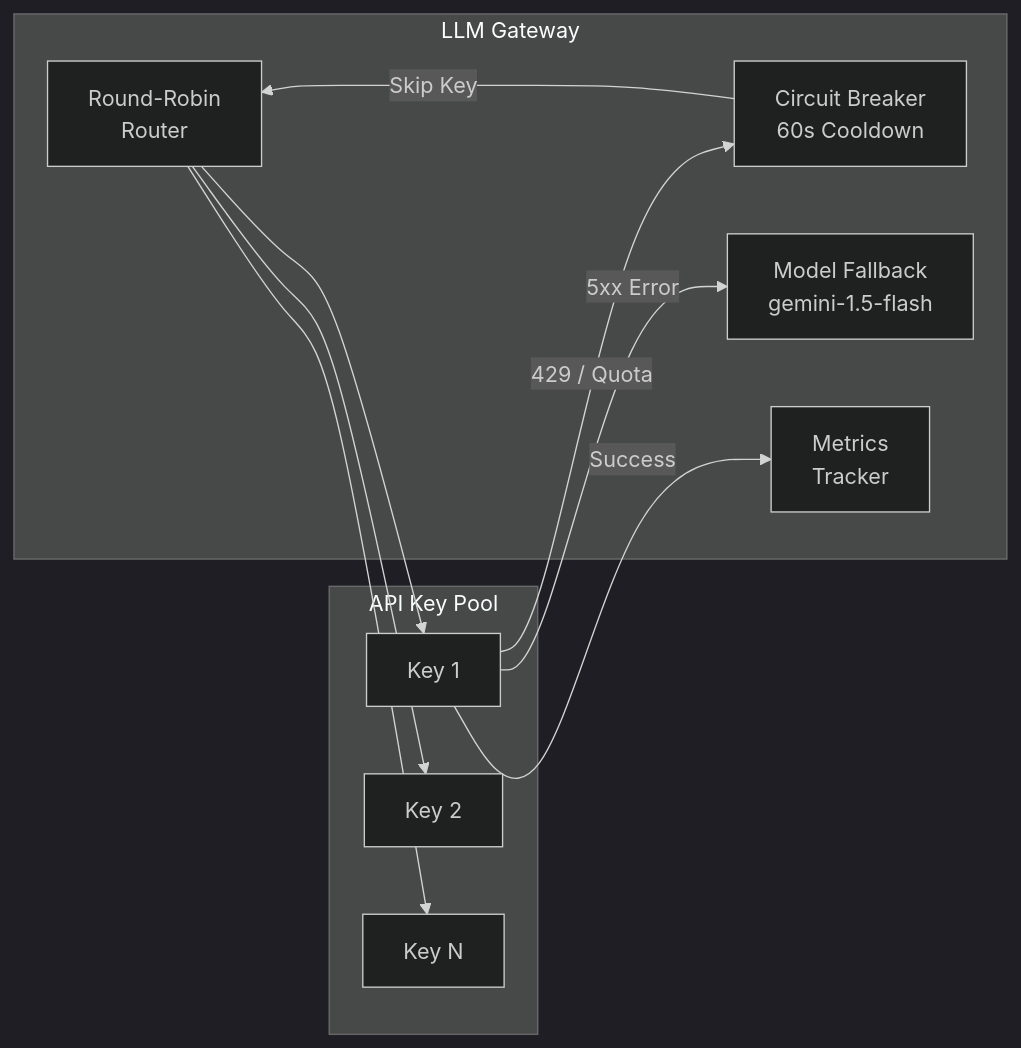
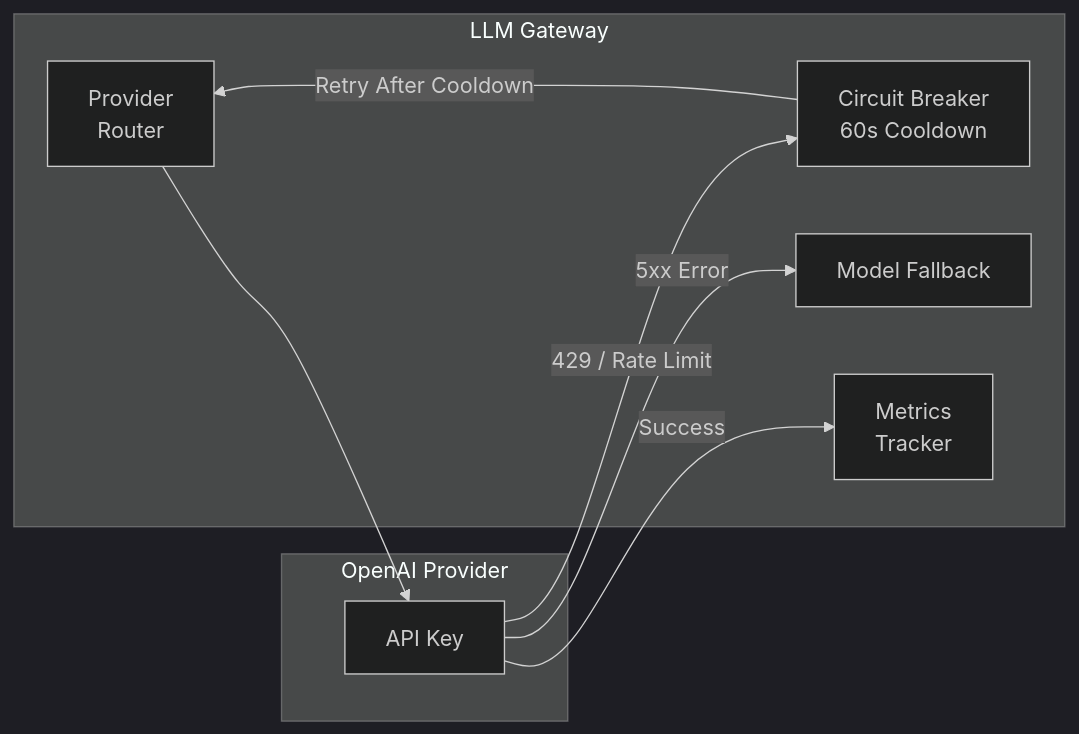
Before and after one commit to amitwaghmare888/ProductOps-AI: the fourth of 7 diagrams in README.md, drawn with Mermaid (dark theme). The commit also changed other lines of this file, not shown here.

````diff
--- a/README.md
+++ b/README.md
@@ -193,23 +202,19 @@
 ```mermaid
 graph LR
     subgraph Gateway["LLM Gateway"]
-        RR[Round-Robin<br/>Router]
+        RR[Provider<br/>Router]
         CB1[Circuit Breaker<br/>60s Cooldown]
-        FB[Model Fallback<br/>gemini-1.5-flash]
+        FB[Model Fallback]
         MT[Metrics<br/>Tracker]
     end
 
-    subgraph Pool["API Key Pool"]
-        K1[Key 1]
-        K2[Key 2]
-        K3[Key N]
+    subgraph Provider["OpenAI Provider"]
+        K1[API Key]
     end
 
     RR --> K1
-    RR --> K2
-    RR --> K3
-    K1 -->|429 / Quota| CB1
-    CB1 -->|Skip Key| RR
+    K1 -->|429 / Rate Limit| CB1
+    CB1 -->|Retry After Cooldown| RR
     K1 -->|5xx Error| FB
     K1 -->|Success| MT
 ```
````
